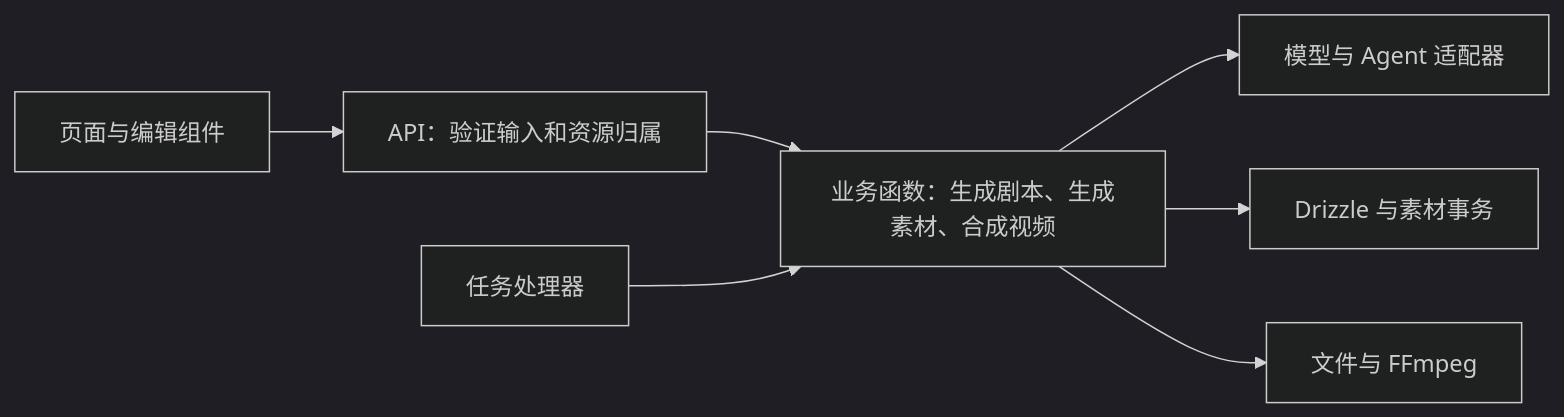
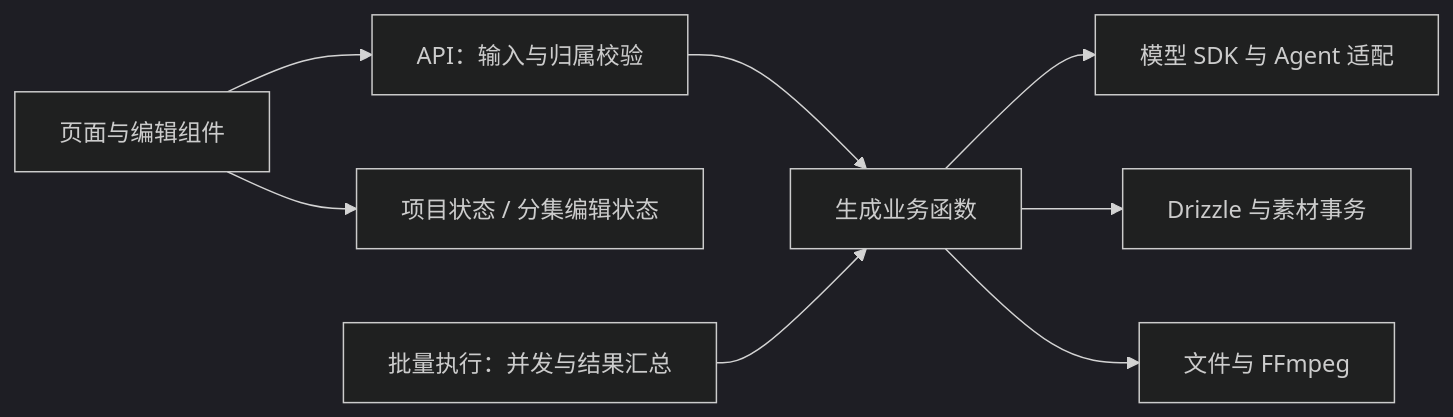
The diagram in docs/architecture-review-2026-09-24.md (changqingla/AIComicBuilder), drawn with Mermaid (dark theme) before and after one commit. The commit also changed other lines of this file and 119 other files, not shown here.

Commit message:
fix: validate complete generation results and unify media timelines

````diff
--- a/docs/architecture-review-2026-09-24.md
+++ b/docs/architecture-review-2026-09-24.md
@@ -67,9 +51,10 @@
 ```mermaid
 flowchart LR
-    UI[页面与编辑组件] --> API[API：验证输入和资源归属]
-    API --> USECASE[业务函数：生成剧本、生成素材、合成视频]
-    WORKER[任务处理器] --> USECASE
-    USECASE --> PROVIDER[模型与 Agent 适配器]
-    USECASE --> DATA[Drizzle 与素材事务]
-    USECASE --> MEDIA[文件与 FFmpeg]
+    UI[页面与编辑组件] --> API[API：输入与归属校验]
+    UI --> STATE[项目状态 / 分集编辑状态]
+    API --> SERVICE[生成业务函数]
+    SERVICE --> MODEL[模型 SDK 与 Agent 适配]
+    SERVICE --> DATA[Drizzle 与素材事务]
+    SERVICE --> MEDIA[文件与 FFmpeg]
+    BATCH[批量执行：并发与结果汇总] --> SERVICE
 ```
````
